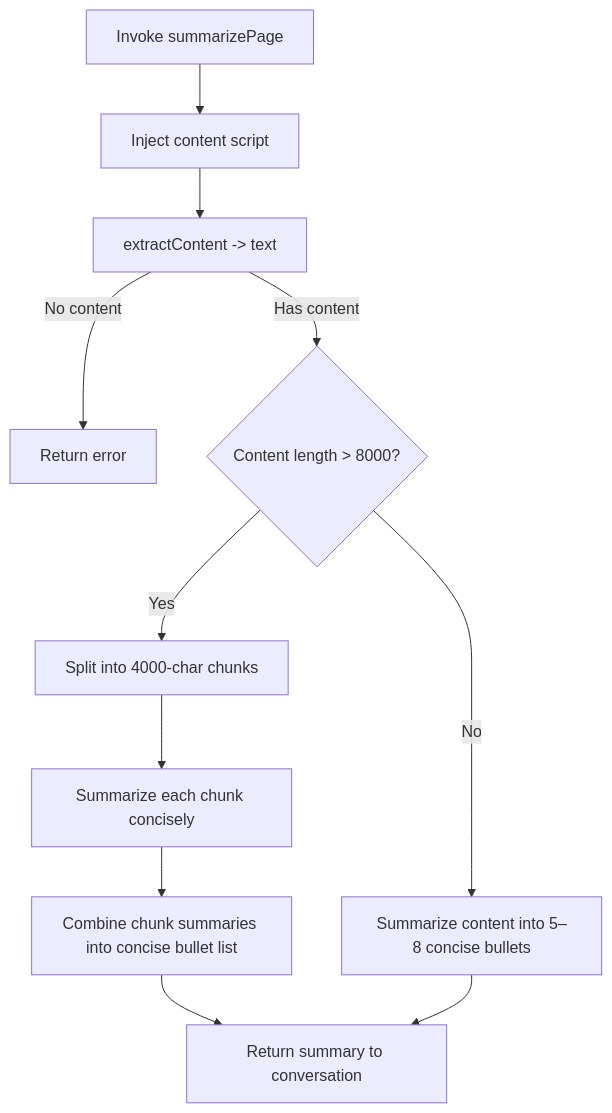
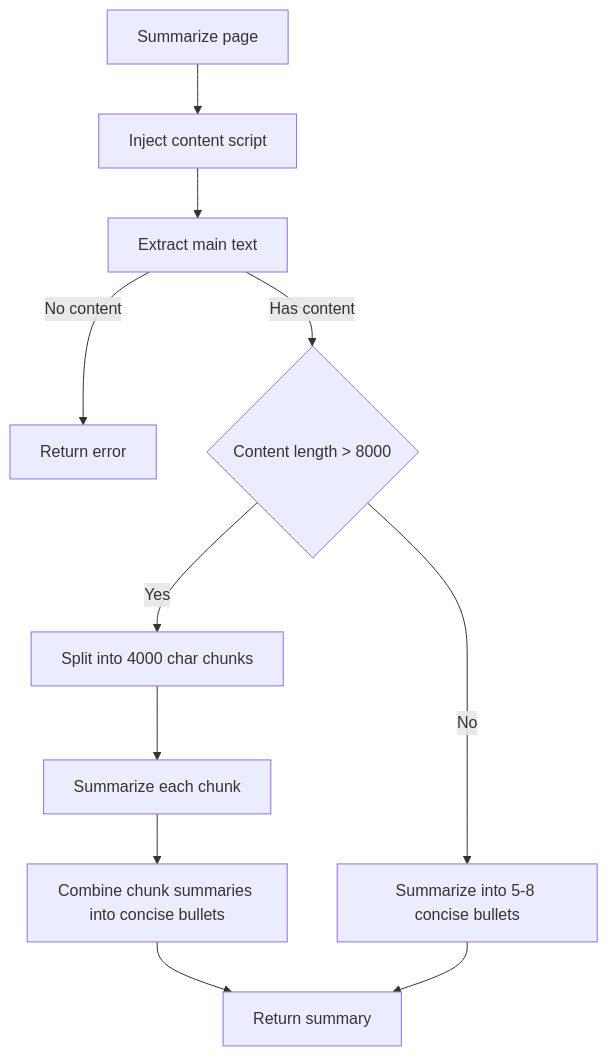
Before and after one commit to praneeth4040/Fustun-AiStudyingBuddie: the third of 4 diagrams in CodeInformation.md, drawn with Mermaid. The commit also changed other lines of this file, not shown here.

Commit message:
Refactor sequence diagrams in CodeInformation.md for clarity and consistency. Update action names and descriptions for better understanding of the content summarization and text insertion flows.

````diff
--- a/CodeInformation.md
+++ b/CodeInformation.md
@@ -240,13 +240,13 @@
 ```mermaid
 flowchart TD
-  A[Invoke summarizePage] --> B[Inject content script]
-  B --> C[extractContent -> text]
+  A[Summarize page] --> B[Inject content script]
+  B --> C[Extract main text]
   C -->|No content| E[Return error]
-  C -->|Has content| D{Content length > 8000?}
-  D -->|Yes| F[Split into 4000-char chunks]
-  F --> G[Summarize each chunk concisely]
-  G --> H[Combine chunk summaries into concise bullet list]
-  D -->|No| I[Summarize content into 5–8 concise bullets]
-  H --> J[Return summary to conversation]
+  C -->|Has content| D{Content length > 8000}
+  D -->|Yes| F[Split into 4000 char chunks]
+  F --> G[Summarize each chunk]
+  G --> H[Combine chunk summaries into concise bullets]
+  D -->|No| I[Summarize into 5-8 concise bullets]
+  H --> J[Return summary]
   I --> J
 ```
````
